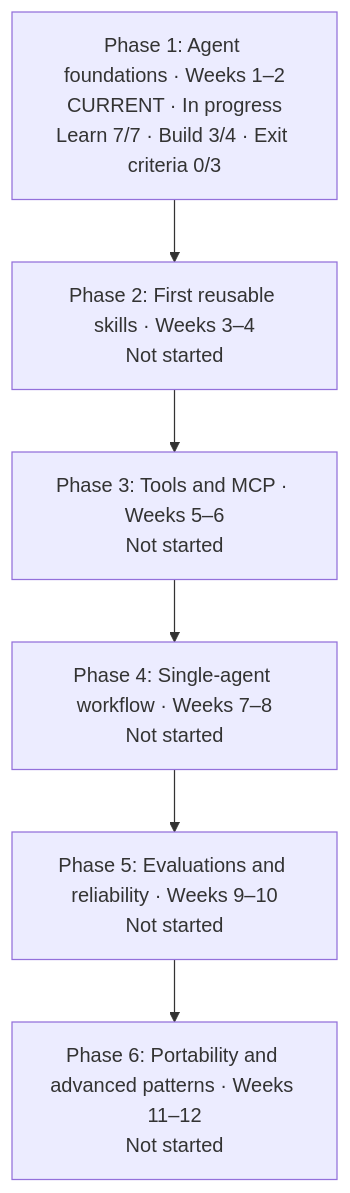
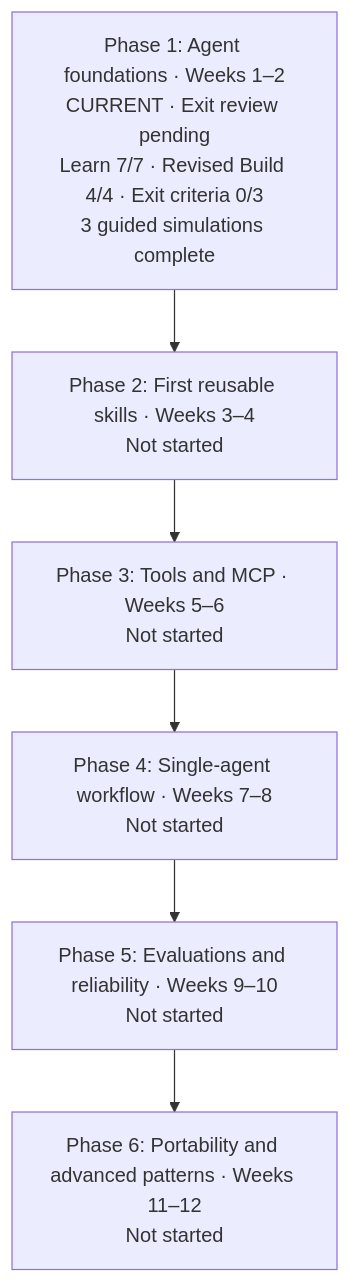
The diagram in learner/reza/ROADMAP.md (rezamohamadlo/agent-learning-coach), drawn with Mermaid before and after one commit. The commit also changed other lines of this file and 6 other files, not shown here.

Commit message:
Complete guided build simulations and update learning progress

````diff
--- a/learner/reza/ROADMAP.md
+++ b/learner/reza/ROADMAP.md
@@ -39,10 +39,10 @@
 ```mermaid
 flowchart TB
-    P1["Phase 1: Agent foundations · Weeks 1–2<br/>CURRENT · In progress<br/>Learn 7/7 · Build 3/4 · Exit criteria 0/3"]
+    P1["Phase 1: Agent foundations · Weeks 1–2<br/>CURRENT · Exit review pending<br/>Learn 7/7 · Revised Build 4/4 · Exit criteria 0/3<br/>3 guided simulations complete"]
     P2["Phase 2: First reusable skills · Weeks 3–4<br/>Not started"]
     P3["Phase 3: Tools and MCP · Weeks 5–6<br/>Not started"]
     P4["Phase 4: Single-agent workflow · Weeks 7–8<br/>Not started"]
     P5["Phase 5: Evaluations and reliability · Weeks 9–10<br/>Not started"]
     P6["Phase 6: Portability and advanced patterns · Weeks 11–12<br/>Not started"]
     P1 --> P2 --> P3 --> P4 --> P5 --> P6
 ```
````
